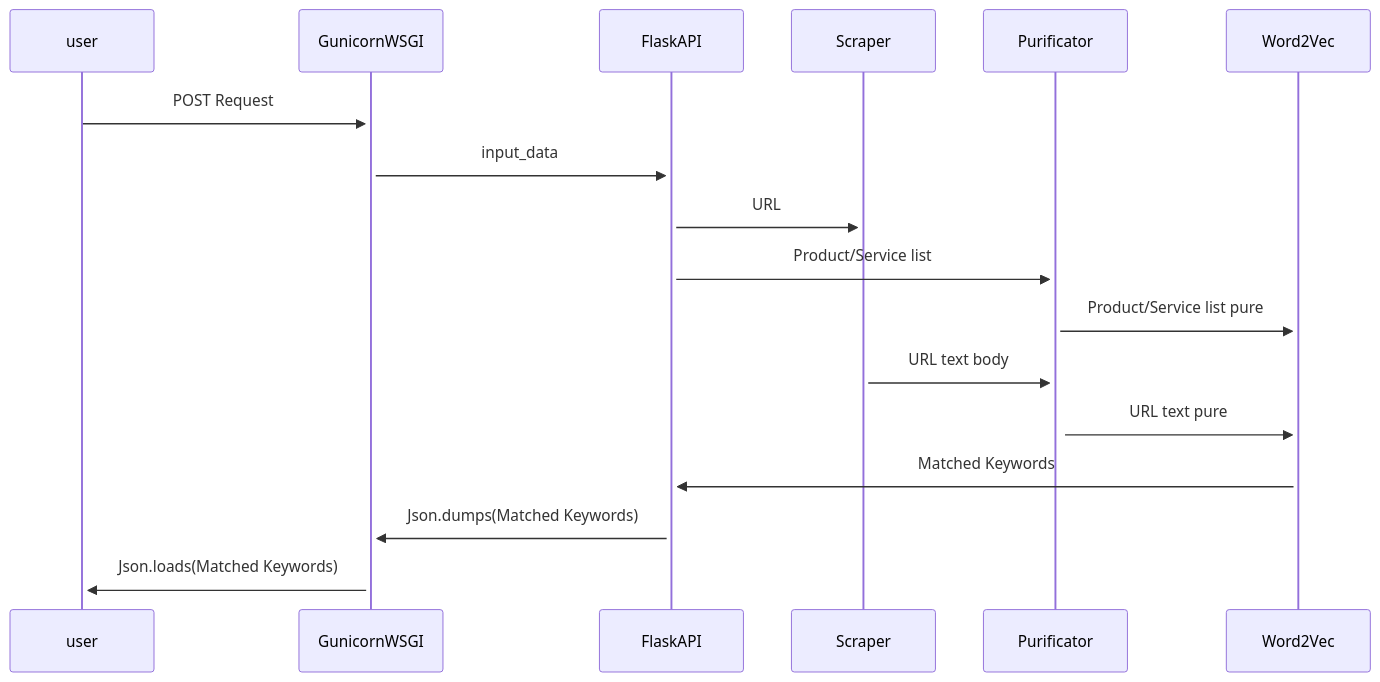
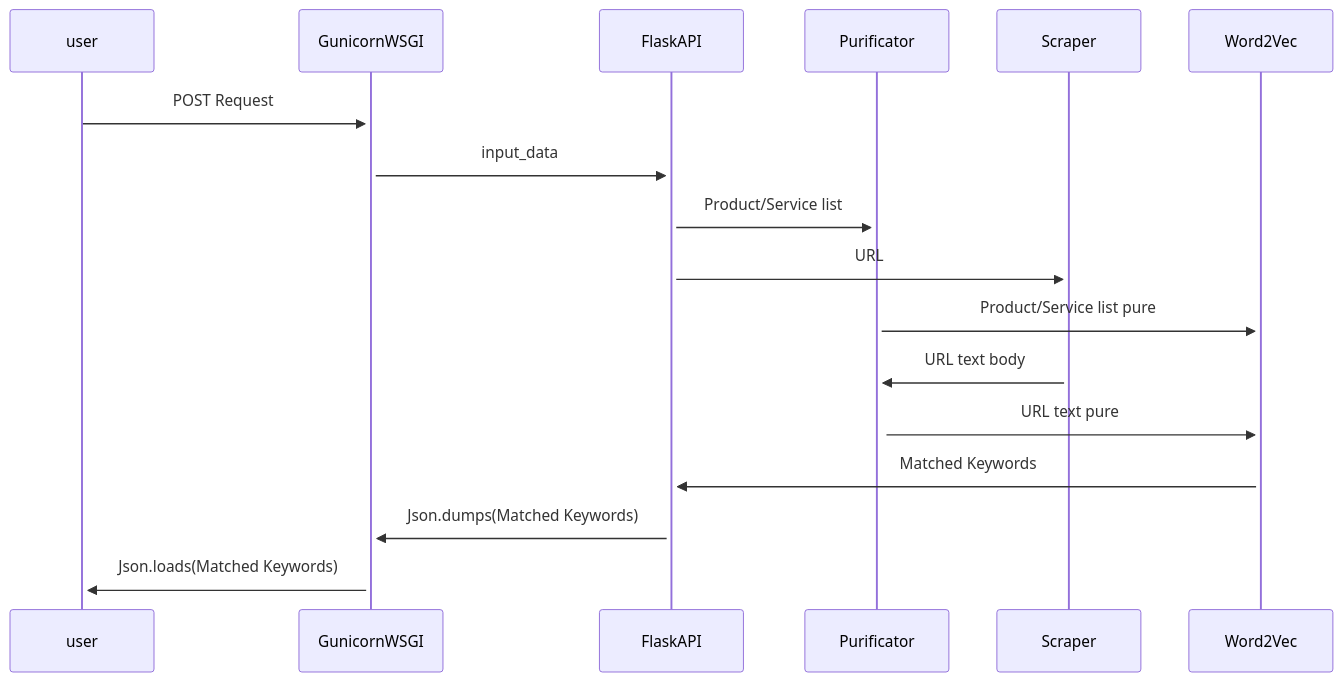
Before and after one commit to remirab/Web2Keyword: the diagram in README.md, drawn with Mermaid. The commit also changed other lines of this file, not shown here.

````diff
--- a/README.md
+++ b/README.md
@@ -5,13 +5,13 @@
 ```mermaid
 sequenceDiagram
     user->>+GunicornWSGI: POST Request
     GunicornWSGI->>+FlaskAPI: input_data
+    FlaskAPI->>+Purificator: Product/Service list
     FlaskAPI->>+Scraper: URL
-    FlaskAPI->>+Purificator: Product/Service list
     Purificator->>+Word2Vec: Product/Service list pure
     Scraper->>+Purificator: URL text body
     Purificator->>+Word2Vec: URL text pure
     Word2Vec->>+FlaskAPI: Matched Keywords
     FlaskAPI->>GunicornWSGI: Json.dumps(Matched Keywords)
     GunicornWSGI->>+user: Json.loads(Matched Keywords)
 ```
````
